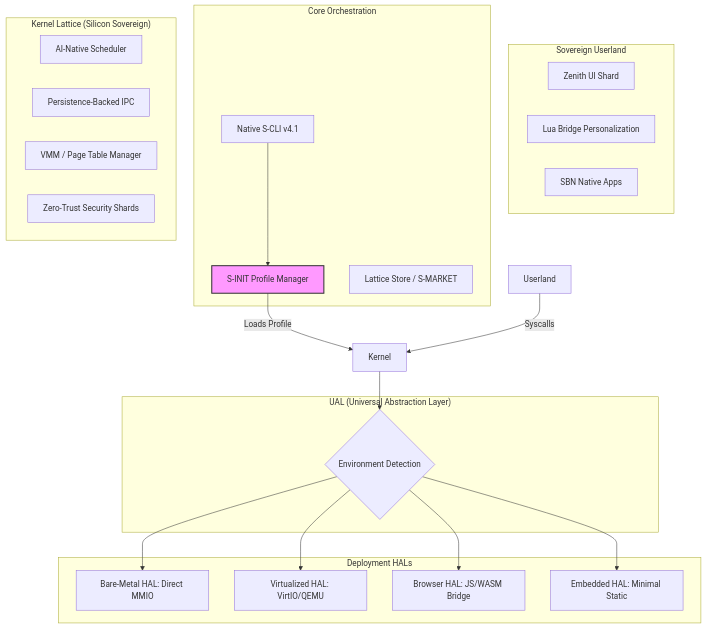
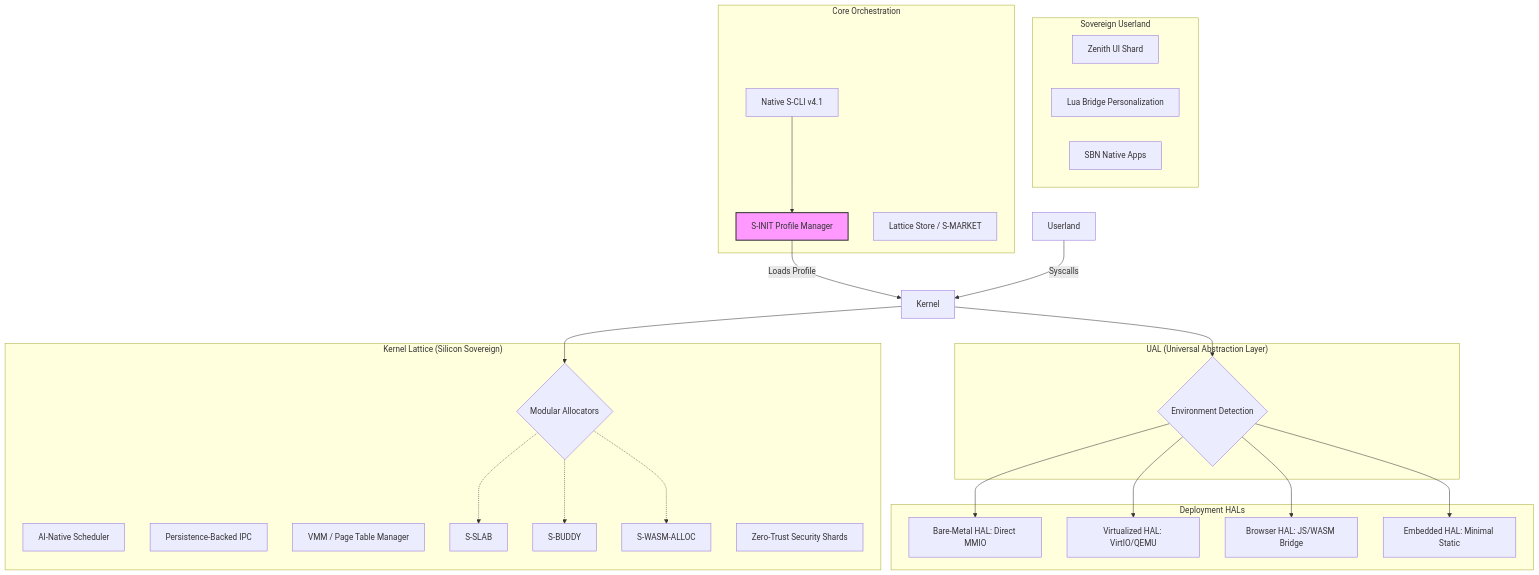
The diagram in SOVEREIGN_ARCHITECTURE_DIAGRAM.md (AaryanSinghChauhan09/SigmaOS), drawn with Mermaid before and after one commit.

Commit message:
Update Sovereign Architecture Diagram: Added Modular Allocators and Deployment Matrix flow

````diff
--- a/SOVEREIGN_ARCHITECTURE_DIAGRAM.md
+++ b/SOVEREIGN_ARCHITECTURE_DIAGRAM.md
@@ -5,46 +5,54 @@
 ```mermaid
 graph TD
     subgraph "Sovereign Userland"
         UI[Zenith UI Shard]
         Lua[Lua Bridge Personalization]
         App[SBN Native Apps]
     end
 
     subgraph "Core Orchestration"
         CLI[Native S-CLI v4.1]
         Init[S-INIT Profile Manager]
         Store[Lattice Store / S-MARKET]
     end
 
     subgraph "Kernel Lattice (Silicon Sovereign)"
         Sch[AI-Native Scheduler]
         IPC[Persistence-Backed IPC]
         Mem[VMM / Page Table Manager]
+        Alloc{Modular Allocators}
+        Slab[S-SLAB]
+        Buddy[S-BUDDY]
+        WasmAlloc[S-WASM-ALLOC]
         Sec[Zero-Trust Security Shards]
     end
 
     subgraph "UAL (Universal Abstraction Layer)"
         UAL{Environment Detection}
     end
 
     subgraph "Deployment HALs"
         BM[Bare-Metal HAL: Direct MMIO]
         VM[Virtualized HAL: VirtIO/QEMU]
         WSM[Browser HAL: JS/WASM Bridge]
         IOT[Embedded HAL: Minimal Static]
     end
 
     %% Flow
     CLI --> Init
     Init -->|Loads Profile| Kernel
     Userland -->|Syscalls| Kernel
+    Kernel --> Alloc
+    Alloc -.-> Slab
+    Alloc -.-> Buddy
+    Alloc -.-> WasmAlloc
     Kernel --> UAL
     UAL --> BM
     UAL --> VM
     UAL --> WSM
     UAL --> IOT
 
     %% Profiles
     classDef profile fill:#f9f,stroke:#333,stroke-width:2px;
     Init:::profile
 ```
````
